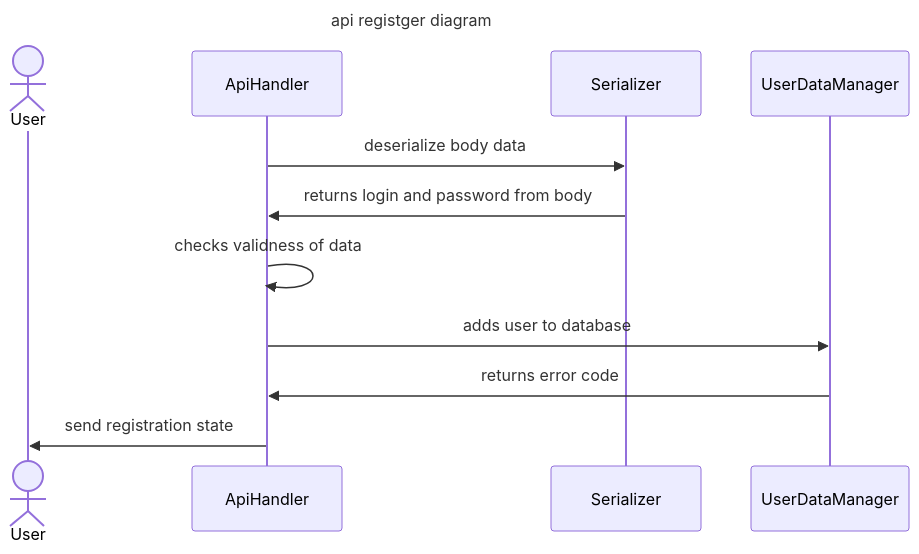
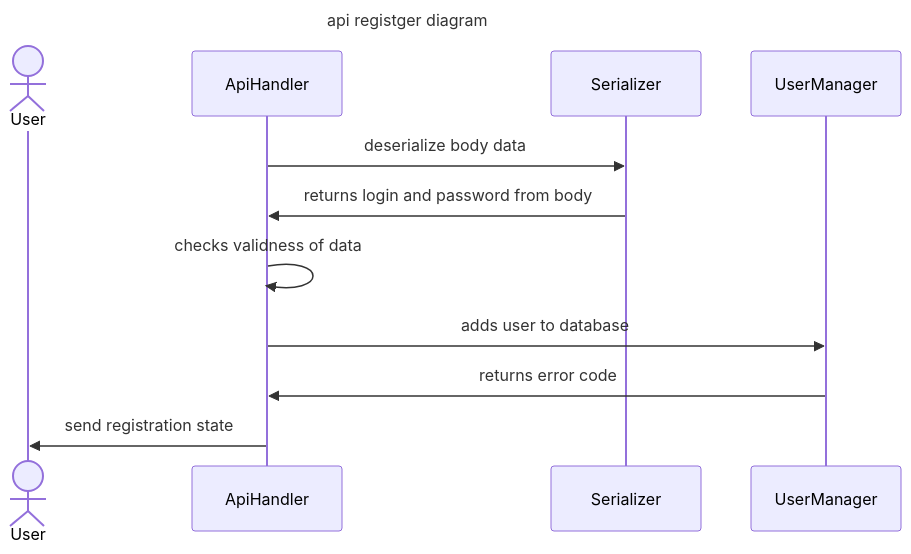
Before and after one commit to LeeDoor/game_webserver: the first of 6 diagrams in docs/http_api.md, drawn with Mermaid. The commit also changed other lines of this file and 59 other files, not shown here.

Commit message:
database user renaming

````diff
--- a/docs/http_api.md
+++ b/docs/http_api.md
@@ -202,29 +202,29 @@
 ```mermaid
 ---
 
 title: api registger diagram
 
 ---
 
   
 
 sequenceDiagram
 actor User
 
 ApiHandler->>Serializer: deserialize body data
 
 Serializer->>ApiHandler: returns login and password from body
 
   
 
 ApiHandler->>ApiHandler: checks validness of data
 
-ApiHandler->>UserDataManager: adds user to database
+ApiHandler->>UserManager: adds user to database
 
-UserDataManager->>ApiHandler: returns error code
+UserManager->>ApiHandler: returns error code
 
   
 
 
 ApiHandler->>User: send registration state
 ```
````
